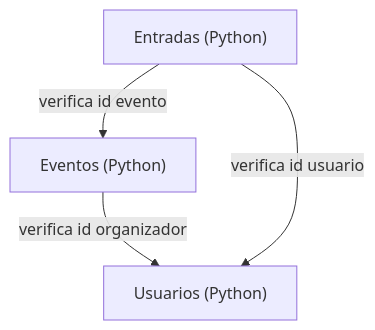
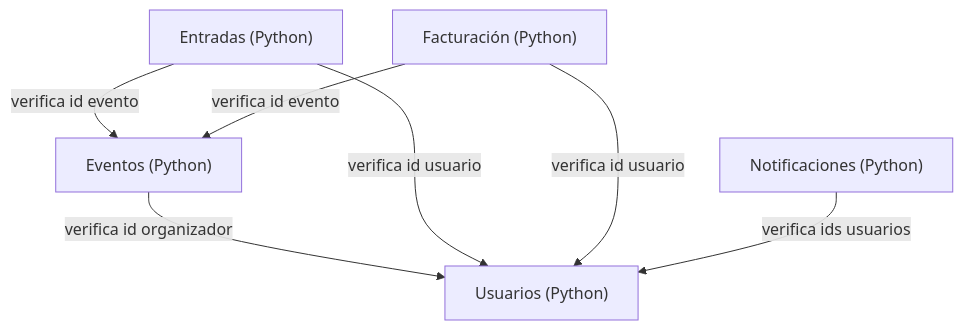
One commit to valeriach30/Arquitectura changed the diagram in Tarea 2/README.md. Above: the diagram before and after it, drawn with Mermaid. The commit also changed other lines of this file and 3 other files, not shown here.

````diff
--- a/Tarea 2/README.md
+++ b/Tarea 2/README.md
@@ -1,7 +80,10 @@
 ```mermaid
 graph TD
-    G["Eventos (Python)"] -->|verifica id organizador| H["Usuarios (Python)"]
-    I -->|verifica id evento| G
-    I["Entradas (Python)"] -->| verifica id usuario |H
+    B["Eventos (Python)"] -->|verifica id organizador| C["Usuarios (Python)"]
+    D -->|verifica id evento| B
+    D["Entradas (Python)"] -->| verifica id usuario |C
+    A["Facturación (Python)"] -->| verifica id usuario |C
+    A -->|verifica id evento| B
+    E["Notificaciones (Python)"] -->| verifica ids usuarios |C
 
 ```
````
